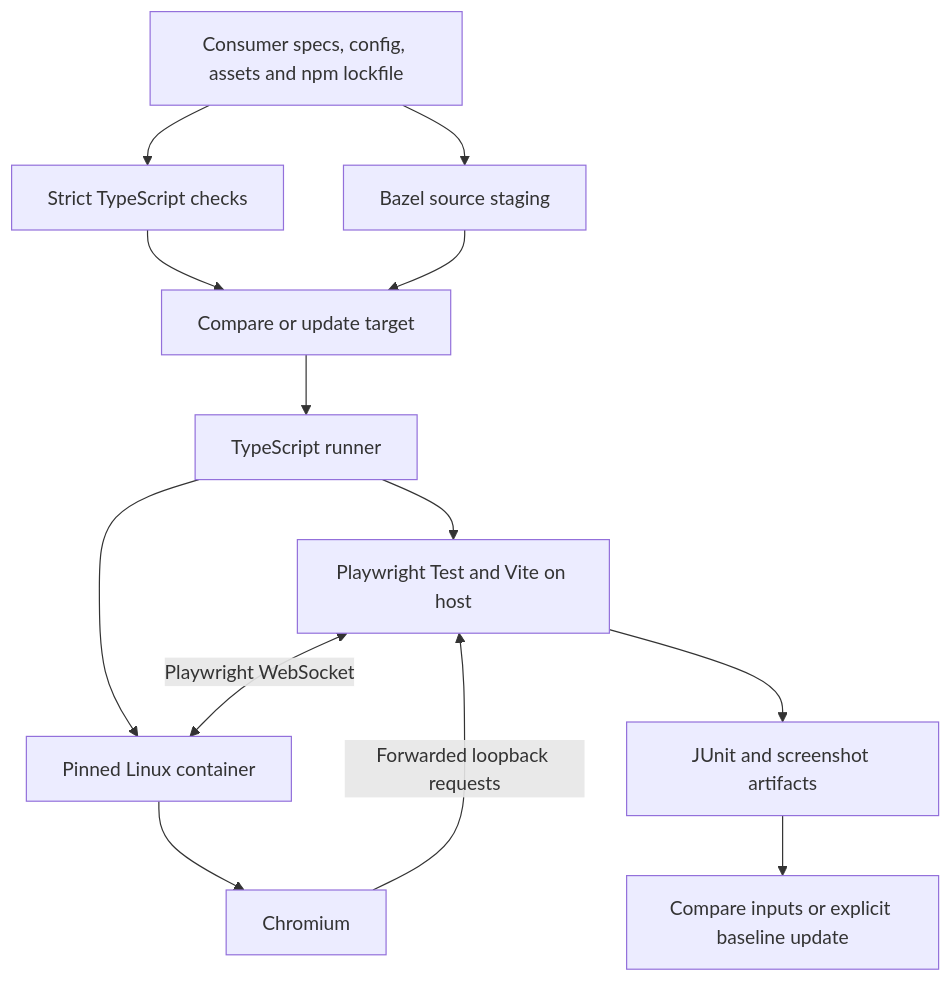
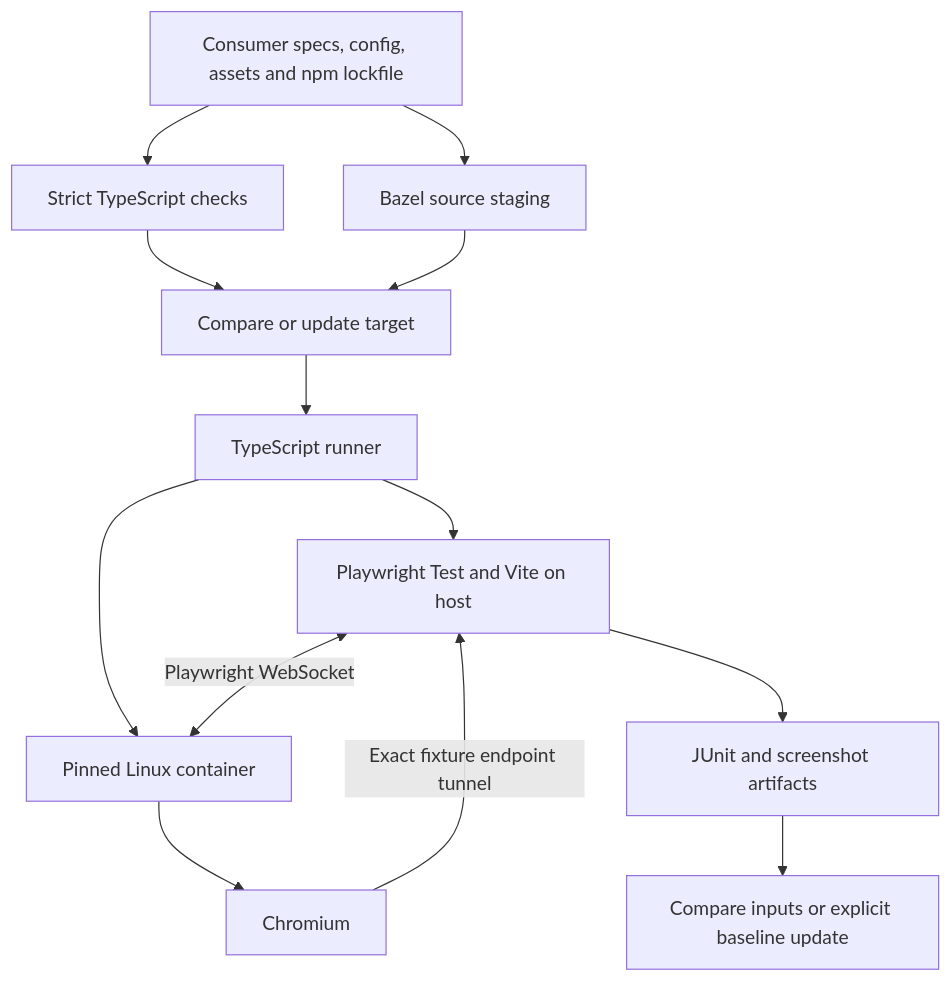
Before and after one commit to perplexityai/rules_web_e2e: the diagram in docs/architecture.md, drawn with Mermaid. The commit also changed other lines of this file and 20 other files, not shown here.

````diff
--- a/docs/architecture.md
+++ b/docs/architecture.md
@@ -24,15 +24,15 @@
 ```mermaid
 flowchart TD
   Inputs[Consumer specs, config, assets and npm lockfile] --> Bazel[Bazel source staging]
   Inputs --> Types[Strict TypeScript checks]
   Types --> Test[Compare or update target]
   Bazel --> Test
   Test --> Runner[TypeScript runner]
   Runner --> Host[Playwright Test and Vite on host]
   Runner --> Container[Pinned Linux container]
   Host <-->|Playwright WebSocket| Container
   Container --> Browser[Chromium]
-  Browser -->|Forwarded loopback requests| Host
+  Browser -->|Exact fixture endpoint tunnel| Host
   Host --> Results[JUnit and screenshot artifacts]
   Results --> Baselines[Compare inputs or explicit baseline update]
 ```
````
